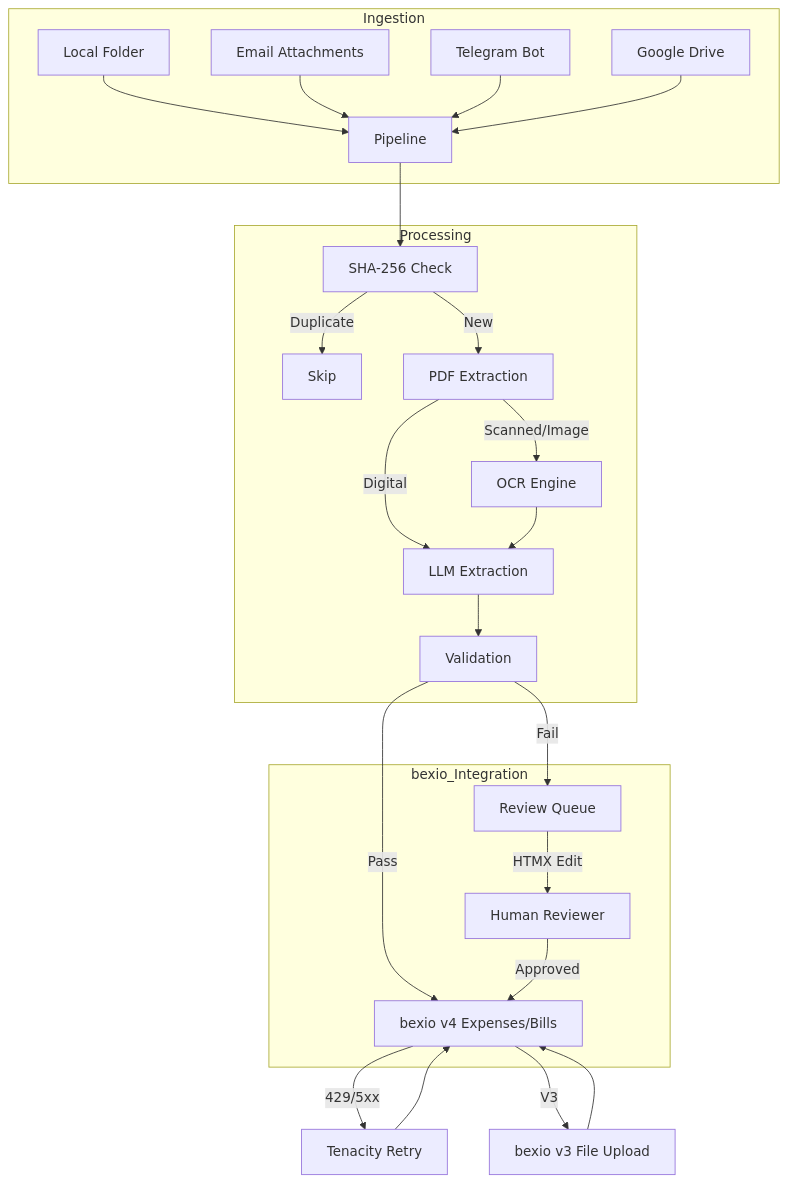
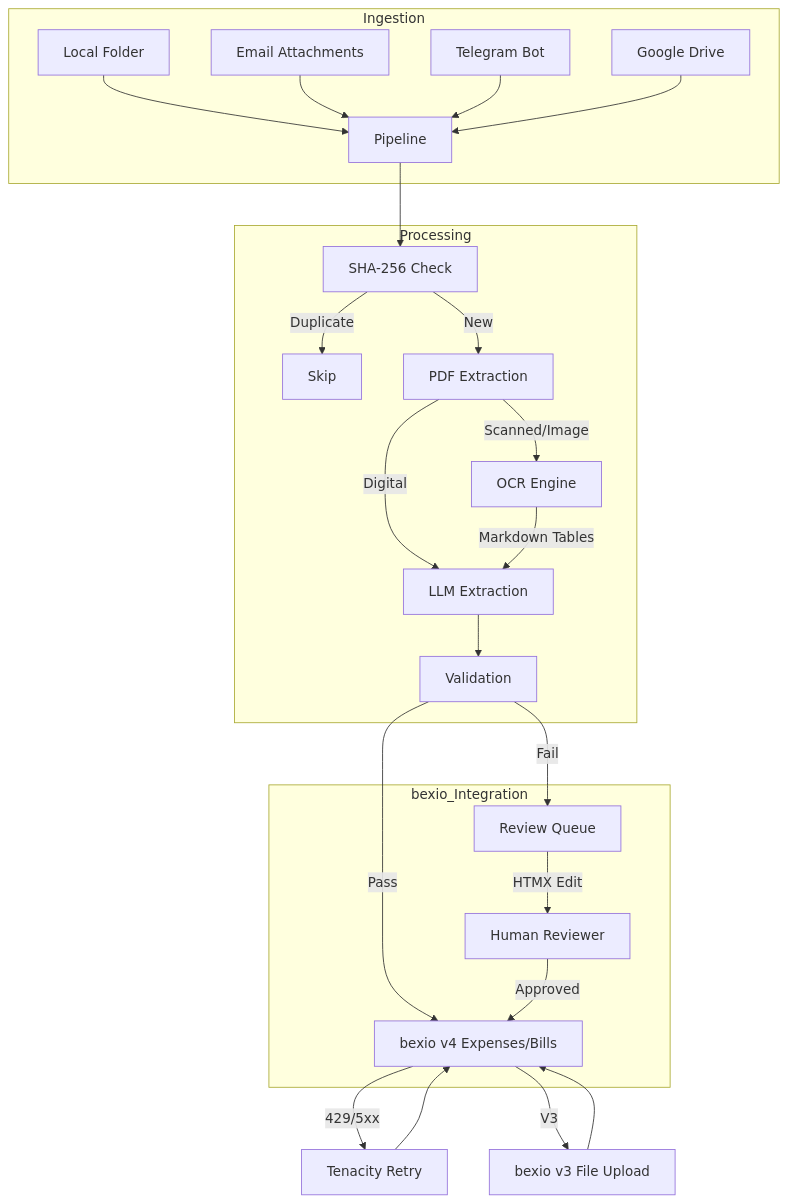
Before and after one commit to tazztone/bexio-receipts: the diagram in docs/ARCHITECTURE.md, drawn with Mermaid. The commit also changed other lines of this file and 6 other files, not shown here.

````diff
--- a/docs/ARCHITECTURE.md
+++ b/docs/ARCHITECTURE.md
@@ -8,31 +8,31 @@
 ```mermaid
 graph TD
     subgraph Ingestion
         WatchedDir[Local Folder] --> P[Pipeline]
         IMAP[Email Attachments] --> P
         Telegram[Telegram Bot] --> P
         GDrive[Google Drive] --> P
     end
 
     subgraph Processing
         P --> DB_Hash[SHA-256 Check]
         DB_Hash -- Duplicate --> Skip[Skip]
         DB_Hash -- New --> PDF_Check[PDF Extraction]
         PDF_Check -- Scanned/Image --> OCR[OCR Engine]
         PDF_Check -- Digital --> LLM[LLM Extraction]
-        OCR --> LLM
+        OCR -- Markdown Tables --> LLM
         LLM --> VAL[Validation]
     end
 
     subgraph bexio_Integration
         VAL -- Pass --> BEX_V4[bexio v4 Expenses/Bills]
         VAL -- Fail --> Review[Review Queue]
         Review -- HTMX Edit --> Human[Human Reviewer]
         Human -- Approved --> BEX_V4
     end
 
     BEX_V4 -- 429/5xx --> Retry[Tenacity Retry]
     Retry --> BEX_V4
     BEX_V4 -- V3 --> Upload[bexio v3 File Upload]
     Upload --> BEX_V4
 ```
````
